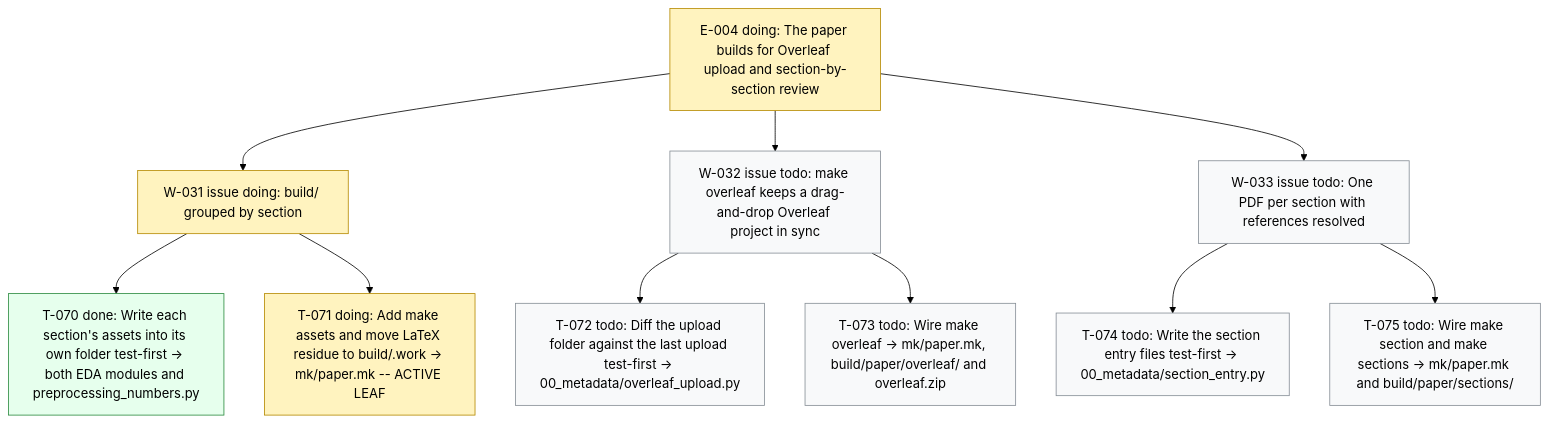
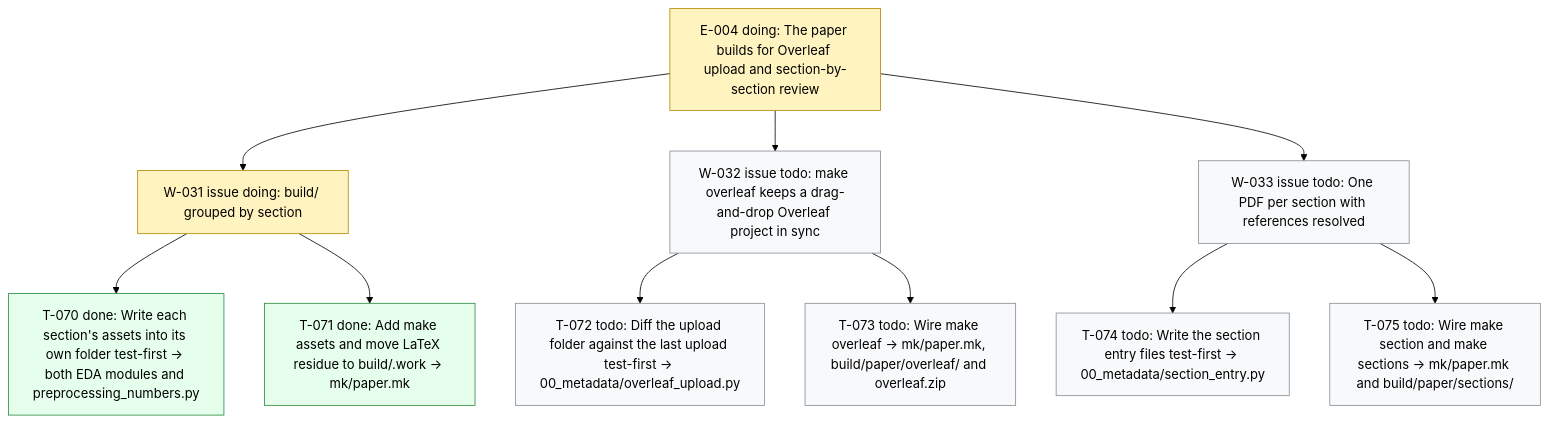
One commit to dpopchev/surrogate-models changed the diagram in .board/BOARD.md. Above: the diagram before and after it, drawn with Mermaid (forest theme). The commit also changed other lines of this file and 1 other file, not shown here.

Commit message:
chore: close T-071 on the board
Refs: W-031 T-071

````diff
--- a/.board/BOARD.md
+++ b/.board/BOARD.md
@@ -216,21 +216,21 @@
 ```mermaid
 flowchart TD
   E004["E-004 doing: The paper builds for Overleaf upload and section-by-section review"]
   E004 --> W031["W-031 issue doing: build/ grouped by section"]
   W031 --> T070["T-070 done: Write each section's assets into its own folder test-first -> both EDA modules and preprocessing_numbers.py"]
-  W031 --> T071["T-071 doing: Add make assets and move LaTeX residue to build/.work -> mk/paper.mk -- ACTIVE LEAF"]
+  W031 --> T071["T-071 done: Add make assets and move LaTeX residue to build/.work -> mk/paper.mk"]
   E004 --> W032["W-032 issue todo: make overleaf keeps a drag-and-drop Overleaf project in sync"]
   W032 --> T072["T-072 todo: Diff the upload folder against the last upload test-first -> 00_metadata/overleaf_upload.py"]
   W032 --> T073["T-073 todo: Wire make overleaf -> mk/paper.mk, build/paper/overleaf/ and overleaf.zip"]
   E004 --> W033["W-033 issue todo: One PDF per section with references resolved"]
   W033 --> T074["T-074 todo: Write the section entry files test-first -> 00_metadata/section_entry.py"]
   W033 --> T075["T-075 todo: Wire make section and make sections -> mk/paper.mk and build/paper/sections/"]
   classDef doing fill:#fff3bf,stroke:#b58900,color:#000;
   classDef blocked fill:#ffe3e3,stroke:#c92a2a,color:#000;
   classDef done fill:#e6ffed,stroke:#2b8a3e,color:#000;
   classDef todo fill:#f8f9fa,stroke:#868e96,color:#000;
   classDef pruned fill:#f1f3f5,stroke:#adb5bd,color:#000;
-  class E004,W031,T071 doing
-  class T070 done
+  class E004,W031 doing
+  class T070,T071 done
   class W032,T072,T073,W033,T074,T075 todo
 ```
````
